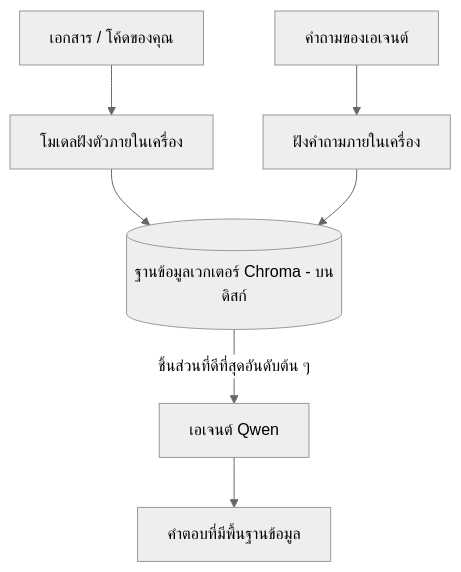
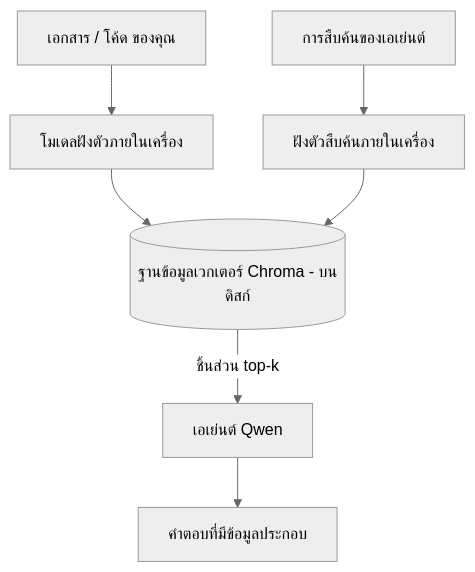
One commit to microsoft/ai-agents-for-beginners changed the third of 4 diagrams in translations/th/17-creating-local-ai-agents/README.md. Above: the diagram before and after it, drawn with Mermaid (neutral theme). The commit also changed other lines of this file and 46 other files, not shown here.

````diff
--- a/translations/th/17-creating-local-ai-agents/README.md
+++ b/translations/th/17-creating-local-ai-agents/README.md
@@ -125,9 +125,9 @@
 ```mermaid
 flowchart TB
-    D[เอกสาร / โค้ดของคุณ] --> E[โมเดลฝังตัวภายในเครื่อง]
+    D[เอกสาร / โค้ด ของคุณ] --> E[โมเดลฝังตัวภายในเครื่อง]
     E --> V[(ฐานข้อมูลเวกเตอร์ Chroma - บนดิสก์)]
-    Q[คำถามของเอเจนต์] --> QE[ฝังคำถามภายในเครื่อง]
+    Q[การสืบค้นของเอเย่นต์] --> QE[ฝังตัวสืบค้นภายในเครื่อง]
     QE --> V
-    V -->|ชิ้นส่วนที่ดีที่สุดอันดับต้น ๆ| A[เอเจนต์ Qwen]
-    A --> Ans[คำตอบที่มีพื้นฐานข้อมูล]
+    V -->|ชิ้นส่วน top-k| A[เอเย่นต์ Qwen]
+    A --> Ans[คำตอบที่มีข้อมูลประกอบ]
 ```
````
